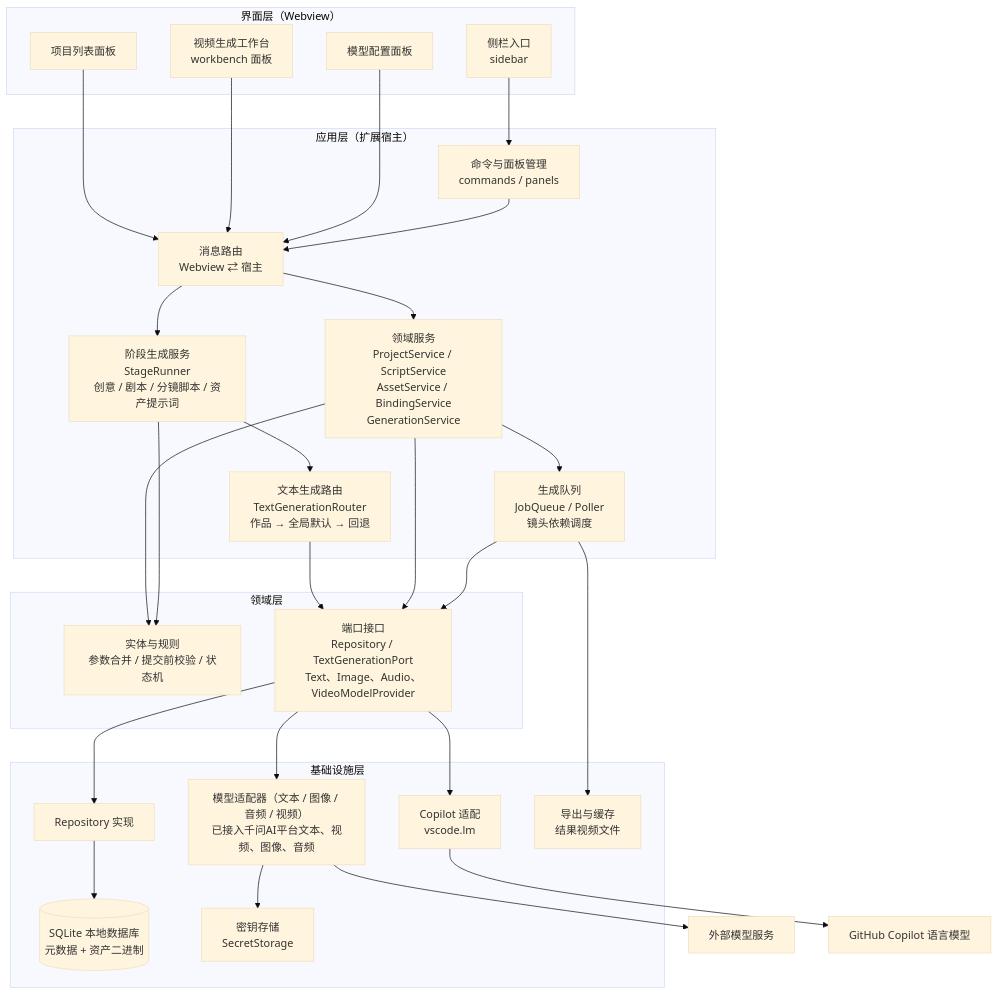
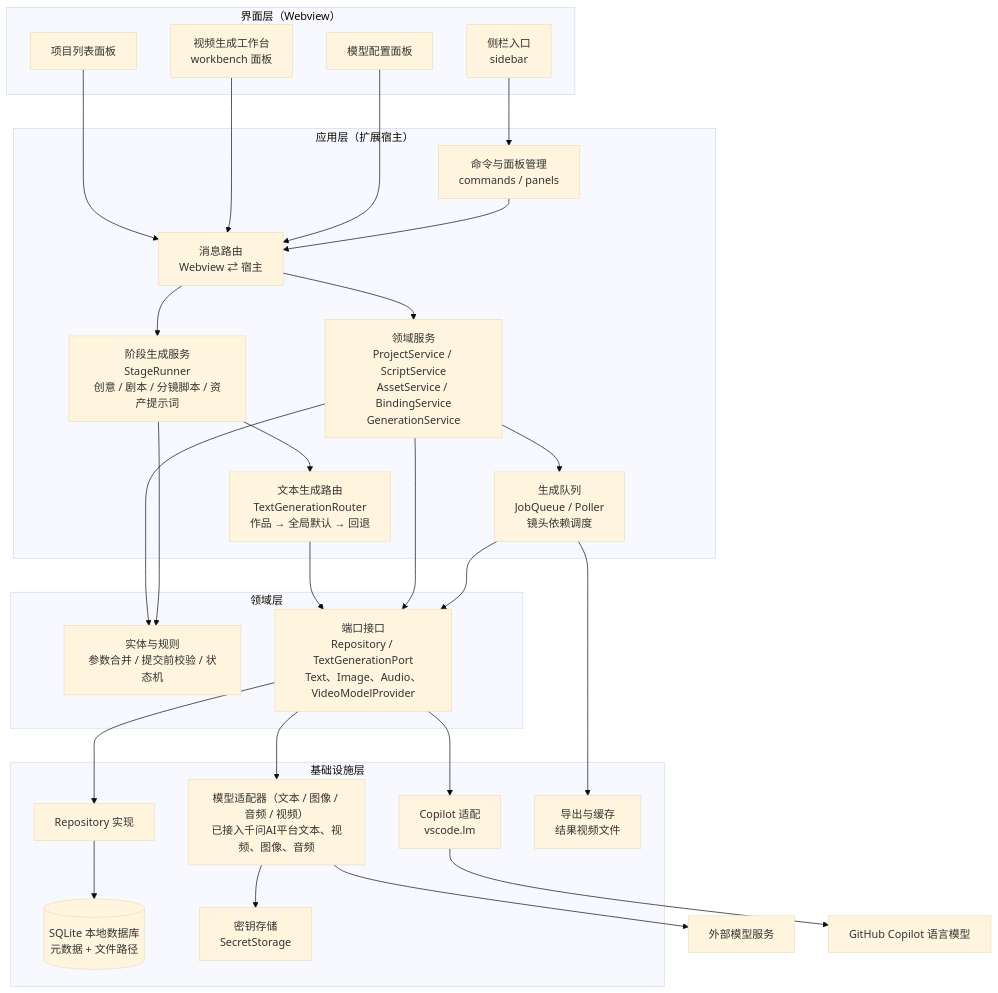
One commit to sengbin/ai-video-studio changed the first of 11 diagrams in docs/ARCHITECTURE.md. Above: the diagram before and after it, drawn with Mermaid (base theme). The commit also changed other lines of this file and 53 other files, not shown here.

First line of the commit message:
资产图片音频改存磁盘文件，支持上传与生成两种来源

````diff
--- a/docs/ARCHITECTURE.md
+++ b/docs/ARCHITECTURE.md
@@ -25,58 +25,58 @@
 ```mermaid
 flowchart TB
   subgraph UI["界面层（Webview）"]
     SB["侧栏入口<br/>sidebar"]
     WB["视频生成工作台<br/>workbench 面板"]
     PM["项目列表面板"]
     MC["模型配置面板"]
   end
 
   subgraph APP["应用层（扩展宿主）"]
     CMD["命令与面板管理<br/>commands / panels"]
     MSG["消息路由<br/>Webview ⇄ 宿主"]
     SVC["领域服务<br/>ProjectService / ScriptService<br/>AssetService / BindingService<br/>GenerationService"]
     QUE["生成队列<br/>JobQueue / Poller<br/>镜头依赖调度"]
     STG["阶段生成服务<br/>StageRunner<br/>创意 / 剧本 / 分镜脚本 / 资产提示词"]
     TXT["文本生成路由<br/>TextGenerationRouter<br/>作品 → 全局默认 → 回退"]
   end
 
   subgraph DOM["领域层"]
     ENT["实体与规则<br/>参数合并 / 提交前校验 / 状态机"]
     PORT["端口接口<br/>Repository / TextGenerationPort<br/>Text、Image、Audio、VideoModelProvider"]
   end
 
   subgraph INFRA["基础设施层"]
-    DB[("SQLite 本地数据库<br/>元数据 + 资产二进制")]
+    DB[("SQLite 本地数据库<br/>元数据 + 文件路径")]
     REPO["Repository 实现"]
     PRV["模型适配器（文本 / 图像 / 音频 / 视频）<br/>已接入千问AI平台文本、视频、图像、音频"]
     COP["Copilot 适配<br/>vscode.lm"]
     SEC["密钥存储<br/>SecretStorage"]
     FS["导出与缓存<br/>结果视频文件"]
   end
 
   EXT["外部模型服务"]
   CPL["GitHub Copilot 语言模型"]
 
   SB --> CMD
   PM --> MSG
   WB --> MSG
   MC --> MSG
   CMD --> MSG
   MSG --> SVC
   MSG --> STG
   SVC --> ENT
   STG --> ENT
   STG --> TXT
   TXT --> PORT
   SVC --> QUE
   SVC --> PORT
   QUE --> PORT
   PORT --> REPO
   PORT --> PRV
   PORT --> COP
   COP --> CPL
   REPO --> DB
   PRV --> SEC
   PRV --> EXT
   QUE --> FS
 ```
````
